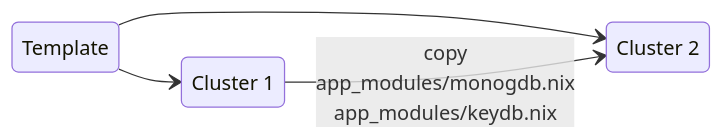
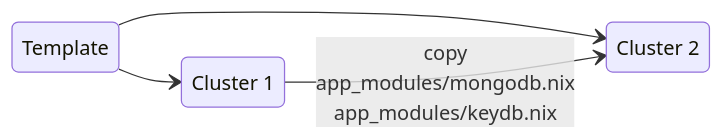
The second of 8 diagrams in README.md (jhsware/nix-infra), drawn with Mermaid before and after one commit. The commit also changed other lines of this file, not shown here.

````diff
--- a/README.md
+++ b/README.md
@@ -135,10 +112,10 @@
 ```mermaid
 stateDiagram-v2
 direction LR
 
 Cluster_1: Cluster 1
 Cluster_2: Cluster 2
 Template --> Cluster_1
 Template --> Cluster_2
-Cluster_1 --> Cluster_2 : copy<br>app_modules/monogdb.nix<br>app_modules/keydb.nix
+Cluster_1 --> Cluster_2 : copy<br>app_modules/mongodb.nix<br>app_modules/keydb.nix
 ```
````
